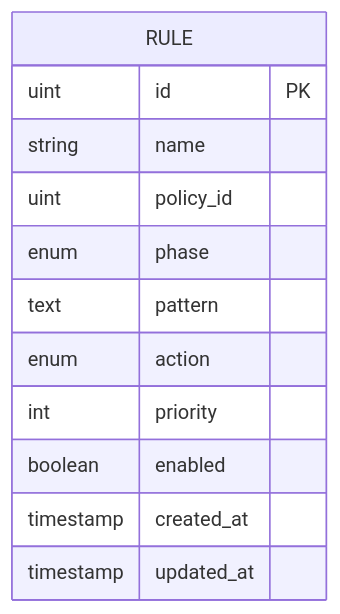
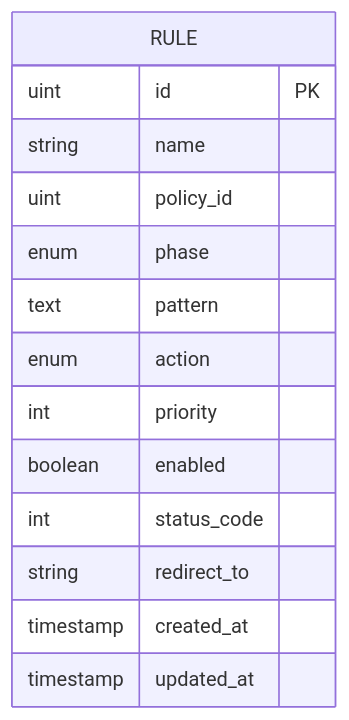
One commit to x01n/My-OpenWaf changed the seventh of 9 diagrams in docs/管理 API 系统/规则管理 API/规则导入导出.md. Above: the diagram before and after it, drawn with Mermaid. The commit also changed other lines of this file and 199 other files, not shown here.

````diff
--- a/docs/管理 API 系统/规则管理 API/规则导入导出.md
+++ b/docs/管理 API 系统/规则管理 API/规则导入导出.md
@@ -296,15 +295,17 @@
 ```mermaid
 erDiagram
 RULE {
 uint id PK
 string name
 uint policy_id
 enum phase
 text pattern
 enum action
 int priority
 boolean enabled
+int status_code
+string redirect_to
 timestamp created_at
 timestamp updated_at
 }
 ```
````
